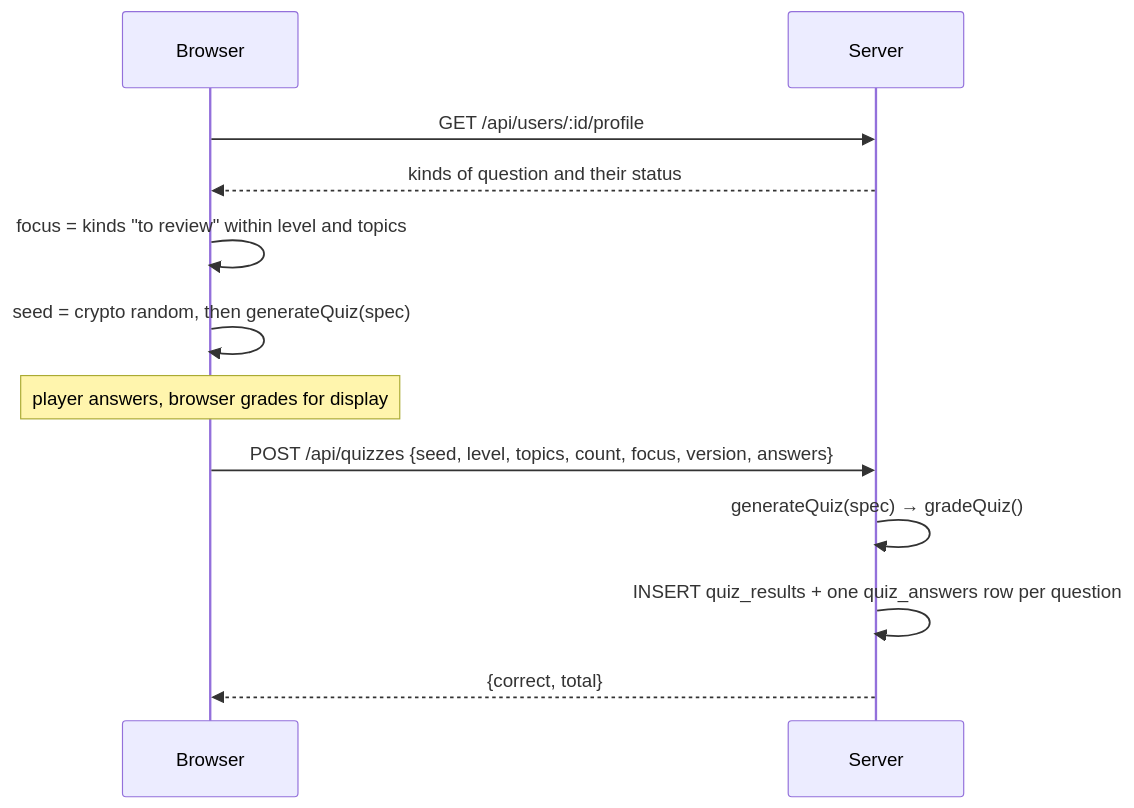
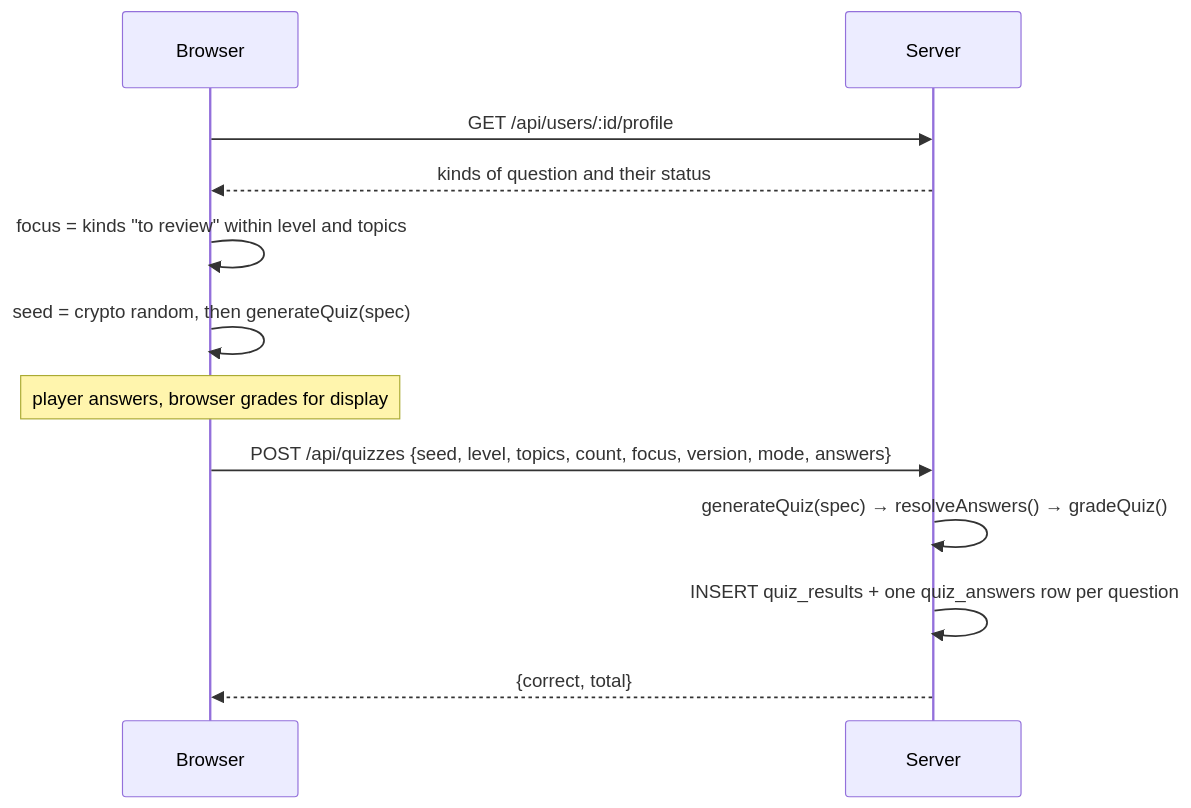
Before and after one commit to jopiguet/calcul-colonnes: the third of 3 diagrams in docs/architecture.md, drawn with Mermaid. The commit also changed other lines of this file and 24 other files, not shown here.

First line of the commit message:
feat(quiz): add graph questions and typed-answer mode

````diff
--- a/docs/architecture.md
+++ b/docs/architecture.md
@@ -132,14 +132,14 @@
 ```mermaid
 sequenceDiagram
   participant B as Browser
   participant S as Server
   B->>S: GET /api/users/:id/profile
   S-->>B: kinds of question and their status
   B->>B: focus = kinds "to review" within level and topics
   B->>B: seed = crypto random, then generateQuiz(spec)
   Note over B: player answers, browser grades for display
-  B->>S: POST /api/quizzes {seed, level, topics, count, focus, version, answers}
-  S->>S: generateQuiz(spec) → gradeQuiz()
+  B->>S: POST /api/quizzes {seed, level, topics, count, focus, version, mode, answers}
+  S->>S: generateQuiz(spec) → resolveAnswers() → gradeQuiz()
   S->>S: INSERT quiz_results + one quiz_answers row per question
   S-->>B: {correct, total}
 ```
````
